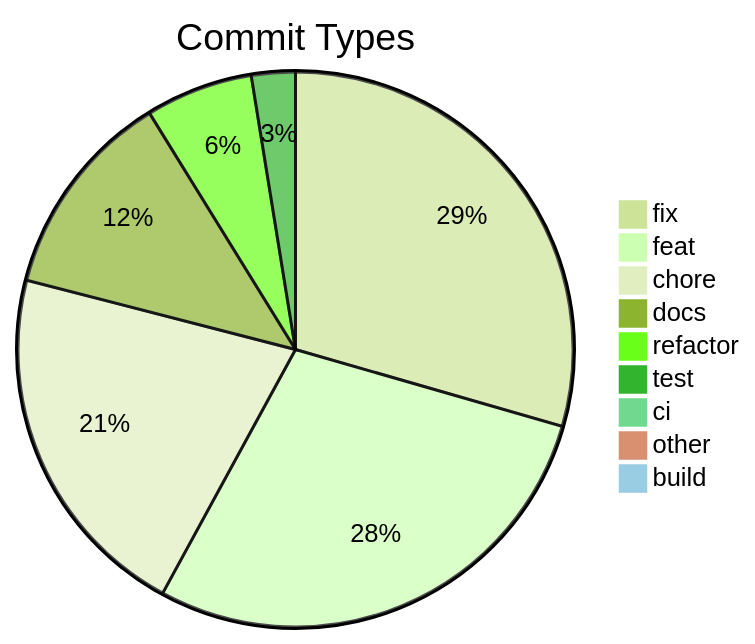
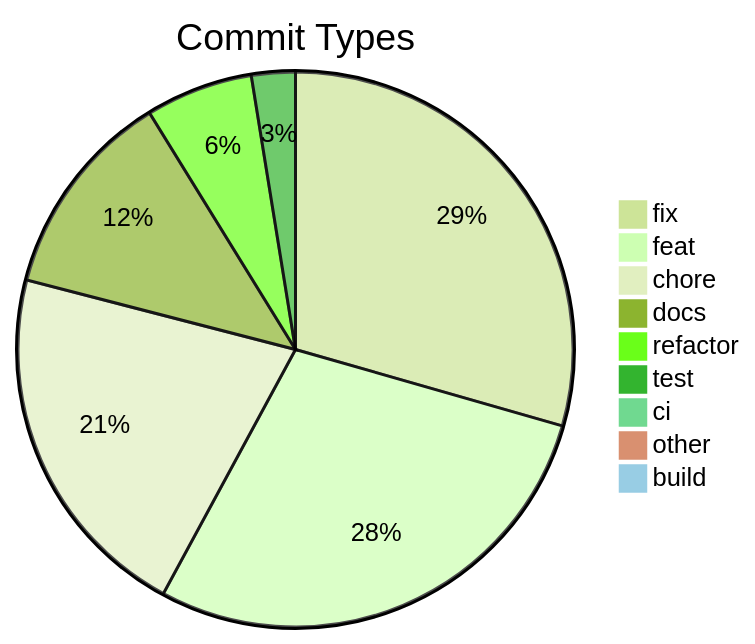
One commit to svenroth-ai/shipwright changed the diagram in .shipwright/compliance/change-history.md. Above: the diagram before and after it, drawn with Mermaid (forest theme). The commit also changed other lines of this file and 21 other files, not shown here.

````diff
--- a/.shipwright/compliance/change-history.md
+++ b/.shipwright/compliance/change-history.md
@@ -10,12 +10,12 @@
 ```mermaid
 pie title Commit Types
     "fix" : 358
     "feat" : 346
-    "chore" : 256
+    "chore" : 257
     "docs" : 148
     "refactor" : 76
     "test" : 31
     "ci" : 11
     "other" : 9
     "build" : 1
 ```
````
